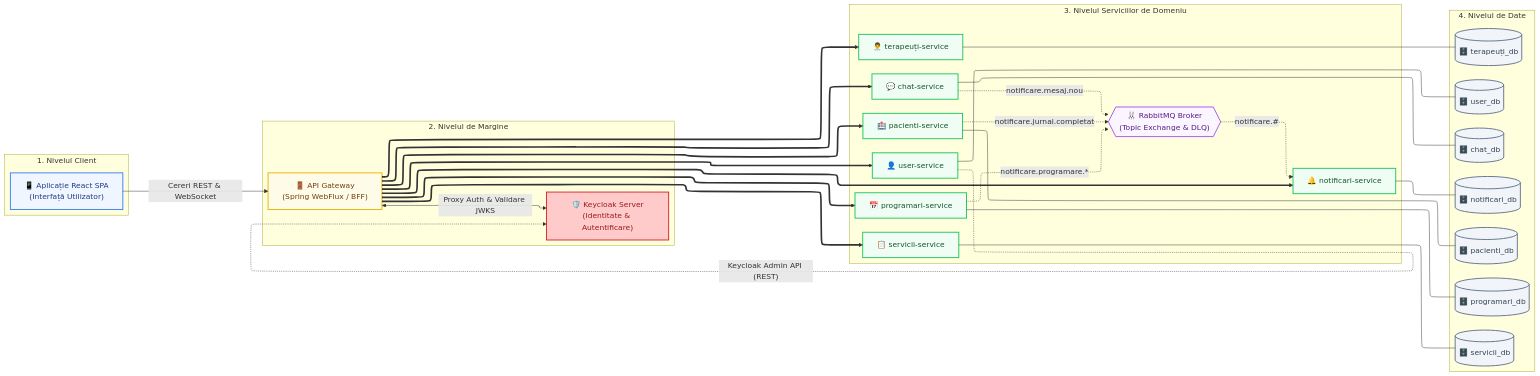
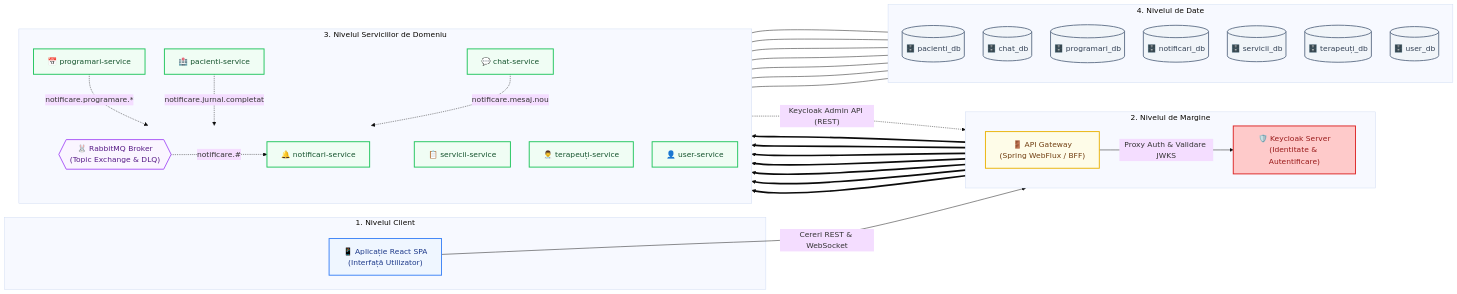
One commit to Anelisgh/kinetocare changed the fourth of 10 diagrams in README.md. Above: the diagram before and after it, drawn with Mermaid. The commit also changed other lines of this file, not shown here.

````diff
--- a/README.md
+++ b/README.md
@@ -319,9 +319,11 @@
 ```mermaid
 ---
 config:
-  layout: elk
+  theme: base
   flowchart:
     curve: basis
+    nodeSpacing: 40
+    rankSpacing: 60
 ---
 flowchart LR
     classDef client fill:#eff6ff,stroke:#3b82f6,stroke-width:2px,color:#1e3a8a;
@@ -336,53 +338,64 @@
     end
 
     subgraph EdgeLayer ["2. Nivelul de Margine"]
+        direction LR
+        APIGW["🚪 API Gateway<br/>(Spring WebFlux / BFF)"]:::edge
         Keycloak["🛡️ Keycloak Server<br/>(Identitate & Autentificare)"]:::auth
-        APIGW["🚪 API Gateway<br/>(Spring WebFlux / BFF)"]:::edge
+        APIGW -->|"Proxy Auth & Validare JWKS"| Keycloak
     end
 
     subgraph DomainLayer ["3. Nivelul Serviciilor de Domeniu"]
+        direction TB
+        PS["🏥 pacienti-service"]:::domain
+        CS["💬 chat-service"]:::domain
+        ProgS["📅 programari-service"]:::domain
+        subgraph BrokerZone [" "]
+            direction LR
+            RabbitMQ{{"🐰 RabbitMQ Broker<br/>(Topic Exchange & DLQ)"}}:::mq
+            NS["🔔 notificari-service"]:::domain
+        end
+        SS["📋 servicii-service"]:::domain
+        TS["👨‍⚕️ terapeuți-service"]:::domain
         US["👤 user-service"]:::domain
-        PS["🏥 pacienti-service"]:::domain
-        TS["👨‍⚕️ terapeuți-service"]:::domain
-        ProgS["📅 programari-service"]:::domain
-        SS["📋 servicii-service"]:::domain
-        CS["💬 chat-service"]:::domain
-        NS["🔔 notificari-service"]:::domain
-        RabbitMQ{{"🐰 RabbitMQ Broker<br/>(Topic Exchange & DLQ)"}}:::mq
     end
 
     subgraph DataLayer ["4. Nivelul de Date"]
+        direction TB
+        DB_PS[("🗄️ pacienti_db")]:::db
+        DB_CS[("🗄️ chat_db")]:::db
+        DB_ProgS[("🗄️ programari_db")]:::db
+        DB_NS[("🗄️ notificari_db")]:::db
+        DB_SS[("🗄️ servicii_db")]:::db
+        DB_TS[("🗄️ terapeuți_db")]:::db
         DB_US[("🗄️ user_db")]:::db
-        DB_PS[("🗄️ pacienti_db")]:::db
-        DB_TS[("🗄️ terapeuți_db")]:::db
-        DB_ProgS[("🗄️ programari_db")]:::db
-        DB_SS[("🗄️ servicii_db")]:::db
-        DB_CS[("🗄️ chat_db")]:::db
-        DB_NS[("🗄️ notificari_db")]:::db
     end
 
+    ClientLayer ~~~ EdgeLayer ~~~ DomainLayer ~~~ DataLayer
+
     React -->|"Cereri REST & WebSocket"| APIGW
-    APIGW <-->|"Proxy Auth & Validare JWKS"| Keycloak
-    US -.->|"Keycloak Admin API (REST)"| Keycloak
 
+    APIGW ==> PS
+    APIGW ==> CS
+    APIGW ==> ProgS
+    APIGW ==> NS
+    APIGW ==> SS
+    APIGW ==> TS
     APIGW ==> US
-    APIGW ==> PS
-    APIGW ==> TS
-    APIGW ==> ProgS
-    APIGW ==> SS
-    APIGW ==> CS
-    APIGW ==> NS
 
     ProgS -.->|"notificare.programare.*"| RabbitMQ
     PS -.->|"notificare.jurnal.completat"| RabbitMQ
     CS -.->|"notificare.mesaj.nou"| RabbitMQ
     RabbitMQ -.->|"notificare.#"| NS
 
+    PS --- DB_PS
+    CS --- DB_CS
+    ProgS --- DB_ProgS
+    NS --- DB_NS
+    SS --- DB_SS
+    TS --- DB_TS
     US --- DB_US
-    PS --- DB_PS
-    TS --- DB_TS
-    ProgS --- DB_ProgS
-    SS --- DB_SS
-    CS --- DB_CS
-    NS --- DB_NS
+
+    US -.->|"Keycloak Admin API (REST)"| Keycloak
+
+    style BrokerZone fill:transparent,stroke:transparent
 ```
````
